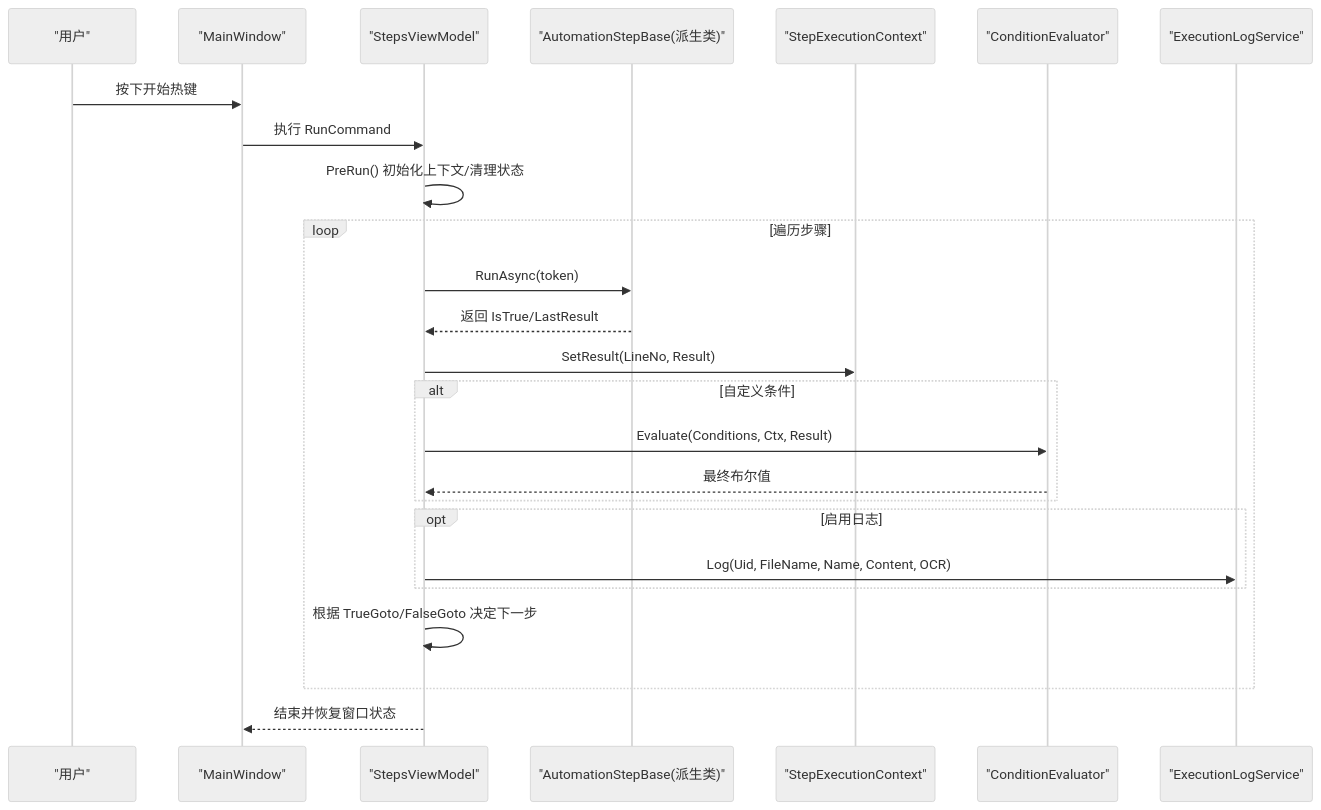
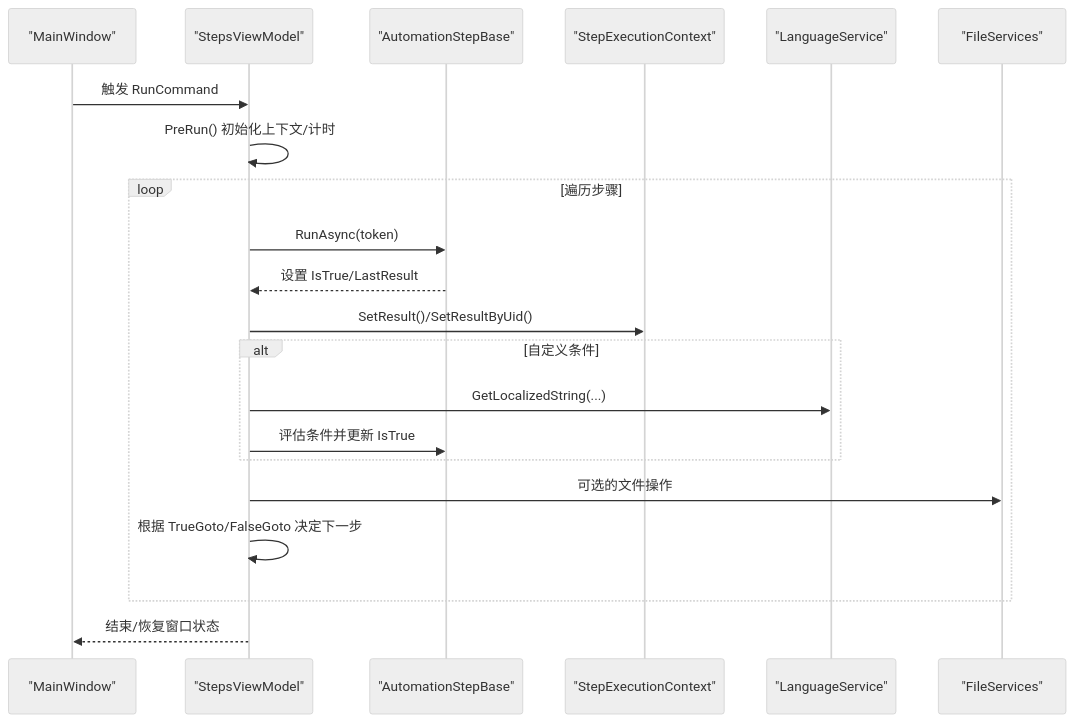
The third of 8 diagrams in .qoder/repowiki/zh/content/架构设计/架构设计.md (yooxii/ShaoLuAuto), drawn with Mermaid (neutral theme) before and after one commit. The commit also changed other lines of this file and 213 other files, not shown here.

````diff
--- a/.qoder/repowiki/zh/content/架构设计/架构设计.md
+++ b/.qoder/repowiki/zh/content/架构设计/架构设计.md
@@ -138,27 +172,23 @@
 ```mermaid
 sequenceDiagram
-participant User as "用户"
-participant View as "MainWindow"
+participant UI as "MainWindow"
 participant VM_Steps as "StepsViewModel"
-participant Step as "AutomationStepBase(派生类)"
+participant Step as "AutomationStepBase"
 participant Ctx as "StepExecutionContext"
-participant Eval as "ConditionEvaluator"
-participant Log as "ExecutionLogService"
-User->>View : 按下开始热键
-View->>VM_Steps : 执行 RunCommand
-VM_Steps->>VM_Steps : PreRun() 初始化上下文/清理状态
+participant Lang as "LanguageService"
+participant File as "FileServices"
+UI->>VM_Steps : 触发 RunCommand
+VM_Steps->>VM_Steps : PreRun() 初始化上下文/计时
 loop 遍历步骤
 VM_Steps->>Step : RunAsync(token)
-Step-->>VM_Steps : 返回 IsTrue/LastResult
-VM_Steps->>Ctx : SetResult(LineNo, Result)
+Step-->>VM_Steps : 设置 IsTrue/LastResult
+VM_Steps->>Ctx : SetResult()/SetResultByUid()
 alt 自定义条件
-VM_Steps->>Eval : Evaluate(Conditions, Ctx, Result)
-Eval-->>VM_Steps : 最终布尔值
+VM_Steps->>Lang : GetLocalizedString(...)
+VM_Steps->>Step : 评估条件并更新 IsTrue
 end
-opt 启用日志
-VM_Steps->>Log : Log(Uid, FileName, Name, Content, OCR)
-end
+VM_Steps->>File : 可选的文件操作
 VM_Steps->>VM_Steps : 根据 TrueGoto/FalseGoto 决定下一步
 end
-VM_Steps-->>View : 结束并恢复窗口状态
+VM_Steps-->>UI : 结束/恢复窗口状态
 ```
````
